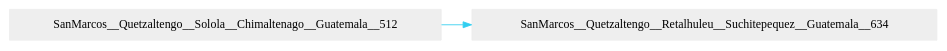
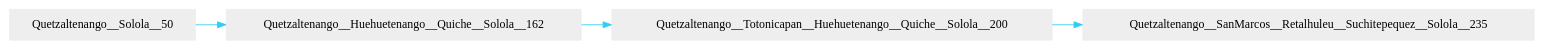
Before and after one commit to CELIAVARGAS/ED1: the diagram in EstructuraArbol.dot, drawn with Graphviz. The commit also changed 50 other files, not shown here.

```diff
--- a/EstructuraArbol.dot
+++ b/EstructuraArbol.dot
@@ -1,12 +1,13 @@
 
  digraph grafica{
  node [shape=rectangle];
  node [style=filled];
  node [fillcolor="#EEEEEE"];
  node [color="#EEEEEE"];
  edge [color="#31CEF0"];
- SanMarcos__Quetzaltengo__Retalhuleu__Suchitepequez__Guatemala__634
- SanMarcos__Quetzaltengo__Solola__Chimaltenago__Guatemala__512->
- SanMarcos__Quetzaltengo__Retalhuleu__Suchitepequez__Guatemala__634
+ Quetzaltenango__Solola__50->
+ Quetzaltenango__Huehuetenango__Quiche__Solola__162->
+ Quetzaltenango__Totonicapan__Huehuetenango__Quiche__Solola__200->
+ Quetzaltenango__SanMarcos__Retalhuleu__Suchitepequez__Solola__235
 rankdir=LR;
 }
```
